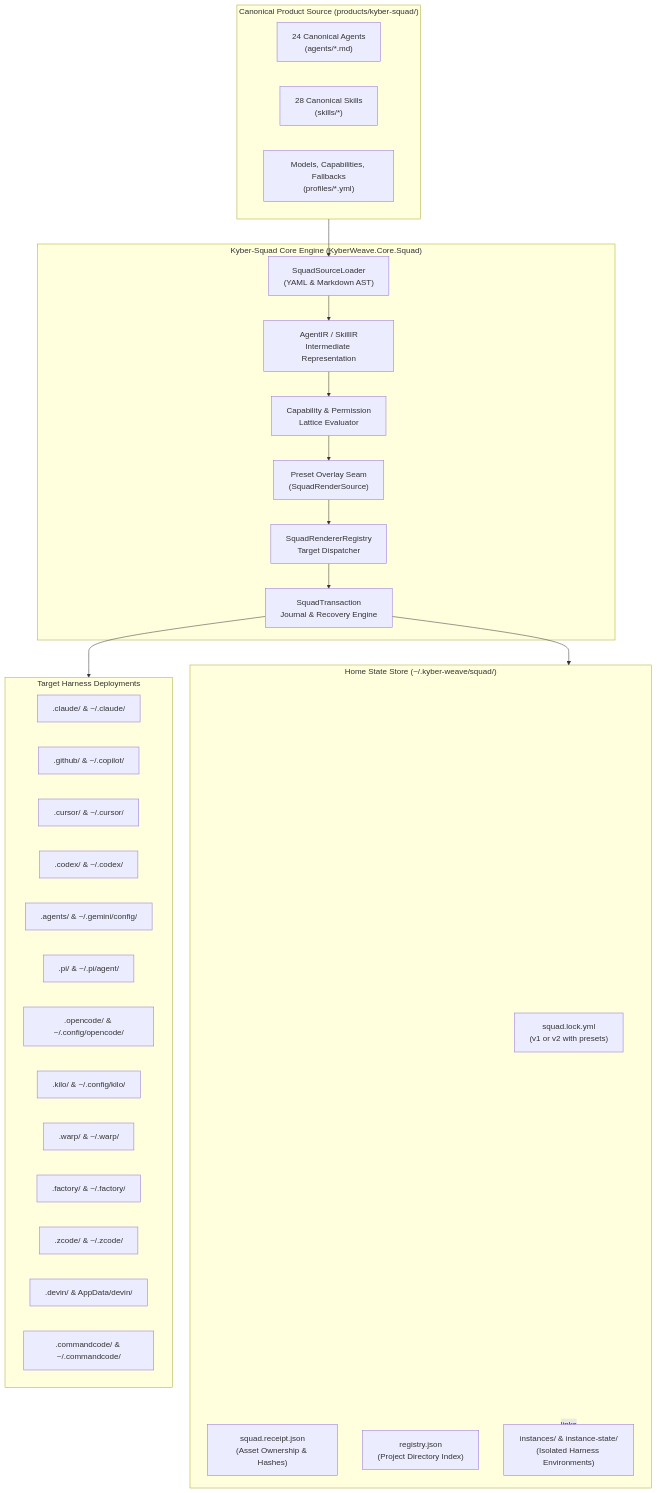
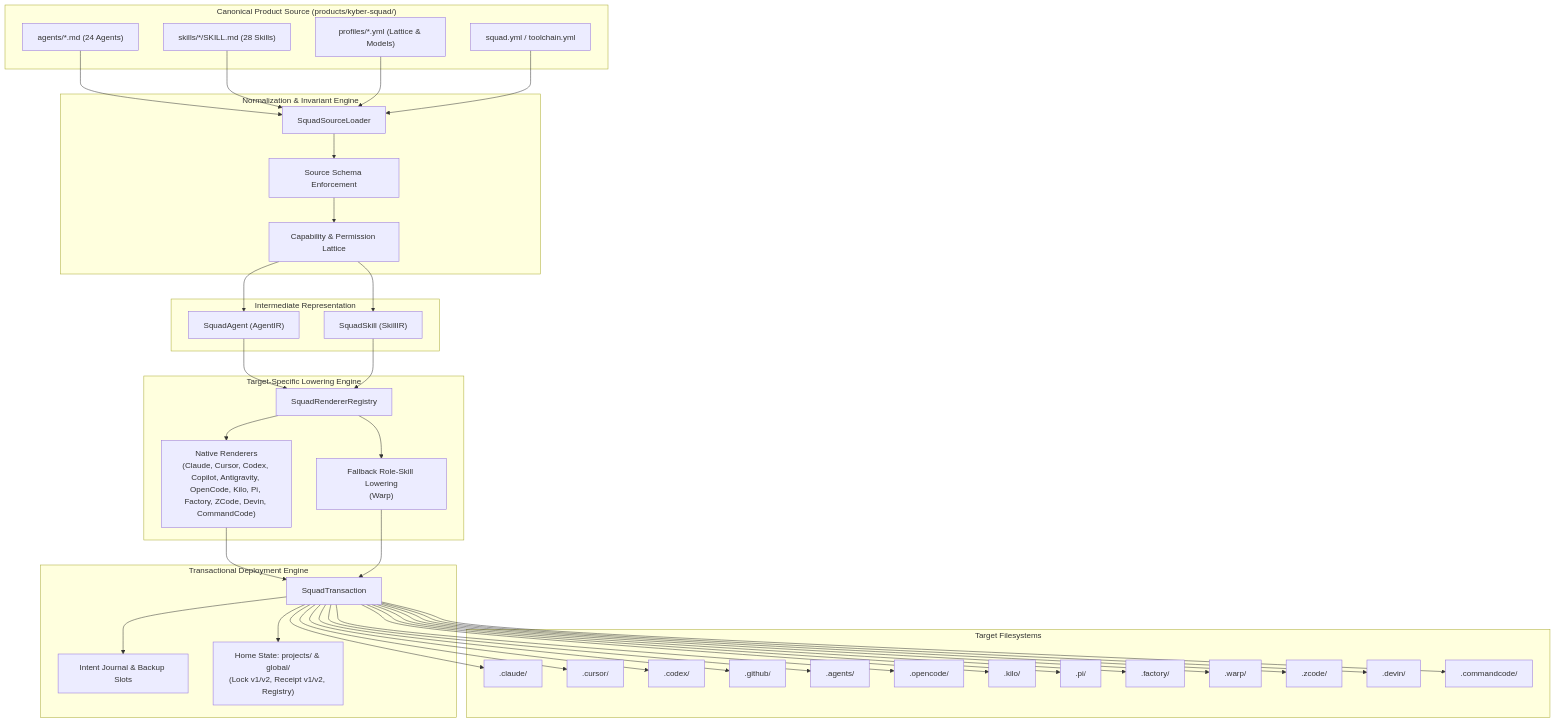
One commit to dpalfery/kyber-weave changed the first of 5 diagrams in docs/kyber-squad/architecture.md. Above: the diagram before and after it, drawn with Mermaid. The commit also changed other lines of this file and 16 other files, not shown here.

First line of the commit message:
fix(squad): bind worktree MCP servers to canonical root and expose codegraph to subagents

````diff
--- a/docs/kyber-squad/architecture.md
+++ b/docs/kyber-squad/architecture.md
@@ -91,50 +91,84 @@
 ```mermaid
 flowchart TD
-    subgraph CanonicalSource["Canonical Product Source (products/kyber-squad/)"]
-        Agents["24 Canonical Agents\n(agents/*.md)"]
-        Skills["28 Canonical Skills\n(skills/*)"]
-        Profiles["Models, Capabilities, Fallbacks\n(profiles/*.yml)"]
+    subgraph Canonical["Canonical Product Source (products/kyber-squad/)"]
+        Agents["agents/*.md (24 Agents)"]
+        Skills["skills/*/SKILL.md (28 Skills)"]
+        Profiles["profiles/*.yml (Lattice & Models)"]
+        Catalog["squad.yml / toolchain.yml"]
     end
 
-    subgraph CoreEngine["Kyber-Squad Core Engine (KyberWeave.Core.Squad)"]
-        Parser["SquadSourceLoader\n(YAML & Markdown AST)"]
-        IR["AgentIR / SkillIR\nIntermediate Representation"]
-        Lattice["Capability & Permission\nLattice Evaluator"]
-        Overlay["Preset Overlay Seam\n(SquadRenderSource)"]
-        Registry["SquadRendererRegistry\nTarget Dispatcher"]
-        TxEngine["SquadTransaction\nJournal & Recovery Engine"]
+    subgraph Loader["Normalization & Invariant Engine"]
+        SourceLoader["SquadSourceLoader"]
+        Lattice["Capability & Permission Lattice"]
+        SchemaValidator["Source Schema Enforcement"]
     end
 
-    subgraph StateAndStorage["Home State Store (~/.kyber-weave/squad/)"]
-        Lock["squad.lock.yml\n(v1 or v2 with presets)"]
-        Receipt["squad.receipt.json\n(Asset Ownership & Hashes)"]
-        ProjectReg["registry.json\n(Project Directory Index)"]
-        Instances["instances/ & instance-state/\n(Isolated Harness Environments)"]
+    subgraph IR["Intermediate Representation"]
+        AgentIR["SquadAgent (AgentIR)"]
+        SkillIR["SquadSkill (SkillIR)"]
     end
 
-    subgraph Targets["Target Harness Deployments"]
-        Claude[".claude/ & ~/.claude/"]
-        Copilot[".github/ & ~/.copilot/"]
-        Cursor[".cursor/ & ~/.cursor/"]
-        Codex[".codex/ & ~/.codex/"]
-        Antigravity[".agents/ & ~/.gemini/config/"]
-        Pi[".pi/ & ~/.pi/agent/"]
-        OpenCode[".opencode/ & ~/.config/opencode/"]
-        Kilo[".kilo/ & ~/.config/kilo/"]
-        Warp[".warp/ & ~/.warp/"]
-        Factory[".factory/ & ~/.factory/"]
-        ZCode[".zcode/ & ~/.zcode/"]
-        Devin[".devin/ & AppData/devin/"]
-        CommandCode[".commandcode/ & ~/.commandcode/"]
+    subgraph Lowering["Target-Specific Lowering Engine"]
+        Registry["SquadRendererRegistry"]
+        NativeRender["Native Renderers\n(Claude, Cursor, Codex, Copilot, Antigravity, OpenCode, Kilo, Pi, Factory, ZCode, Devin, CommandCode)"]
+        FallbackRender["Fallback Role-Skill Lowering\n(Warp)"]
     end
 
-    CanonicalSource --> Parser
-    Parser --> IR
-    IR --> Lattice
-    Lattice --> Overlay
-    Overlay --> Registry
-    Registry --> TxEngine
-    TxEngine --> StateAndStorage
-    TxEngine --> Targets
-    StateAndStorage -. links .-> Instances
+    subgraph Transaction["Transactional Deployment Engine"]
+        TxEngine["SquadTransaction"]
+        Rollback["Intent Journal & Backup Slots"]
+        StateStore["Home State: projects/ & global/\n(Lock v1/v2, Receipt v1/v2, Registry)"]
+    end
+
+    subgraph Targets["Target Filesystems"]
+        ClaudeOut[".claude/"]
+        CursorOut[".cursor/"]
+        CodexOut[".codex/"]
+        CopilotOut[".github/"]
+        AntigravityOut[".agents/"]
+        OpenCodeOut[".opencode/"]
+        KiloOut[".kilo/"]
+        PiOut[".pi/"]
+        FactoryOut[".factory/"]
+        WarpOut[".warp/"]
+        ZCodeOut[".zcode/"]
+        DevinOut[".devin/"]
+        CommandCodeOut[".commandcode/"]
+    end
+
+    Agents --> SourceLoader
+    Skills --> SourceLoader
+    Profiles --> SourceLoader
+    Catalog --> SourceLoader
+
+    SourceLoader --> SchemaValidator
+    SchemaValidator --> Lattice
+    Lattice --> AgentIR
+    Lattice --> SkillIR
+
+    AgentIR --> Registry
+    SkillIR --> Registry
+
+    Registry --> NativeRender
+    Registry --> FallbackRender
+
+    NativeRender --> TxEngine
+    FallbackRender --> TxEngine
+
+    TxEngine --> StateStore
+    TxEngine --> Rollback
+
+    TxEngine --> ClaudeOut
+    TxEngine --> CursorOut
+    TxEngine --> CodexOut
+    TxEngine --> CopilotOut
+    TxEngine --> AntigravityOut
+    TxEngine --> OpenCodeOut
+    TxEngine --> KiloOut
+    TxEngine --> PiOut
+    TxEngine --> FactoryOut
+    TxEngine --> WarpOut
+    TxEngine --> ZCodeOut
+    TxEngine --> DevinOut
+    TxEngine --> CommandCodeOut
 ```
````
